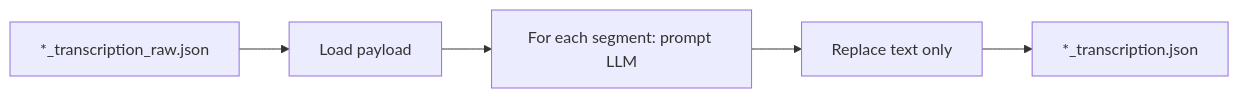
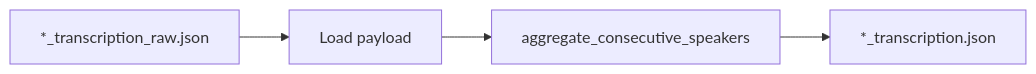
Before and after one commit to tomjirsa/debate_analyzer: the diagram in doc/plans/transcription_quality_and_llm_postprocessing.md, drawn with Mermaid. The commit also changed other lines of this file and 4 other files, not shown here.

Commit message:
removed LLM improvement of the text increased aggregation for the jobs

````diff
--- a/doc/plans/transcription_quality_and_llm_postprocessing.md
+++ b/doc/plans/transcription_quality_and_llm_postprocessing.md
@@ -32,9 +32,8 @@
 ```mermaid
 flowchart LR
   A["*_transcription_raw.json"]
   B[Load payload]
-  C[For each segment: prompt LLM]
-  D[Replace text only]
-  E["*_transcription.json"]
-  A --> B --> C --> D --> E
+  C[aggregate_consecutive_speakers]
+  D["*_transcription.json"]
+  A --> B --> C --> D
 ```
````
